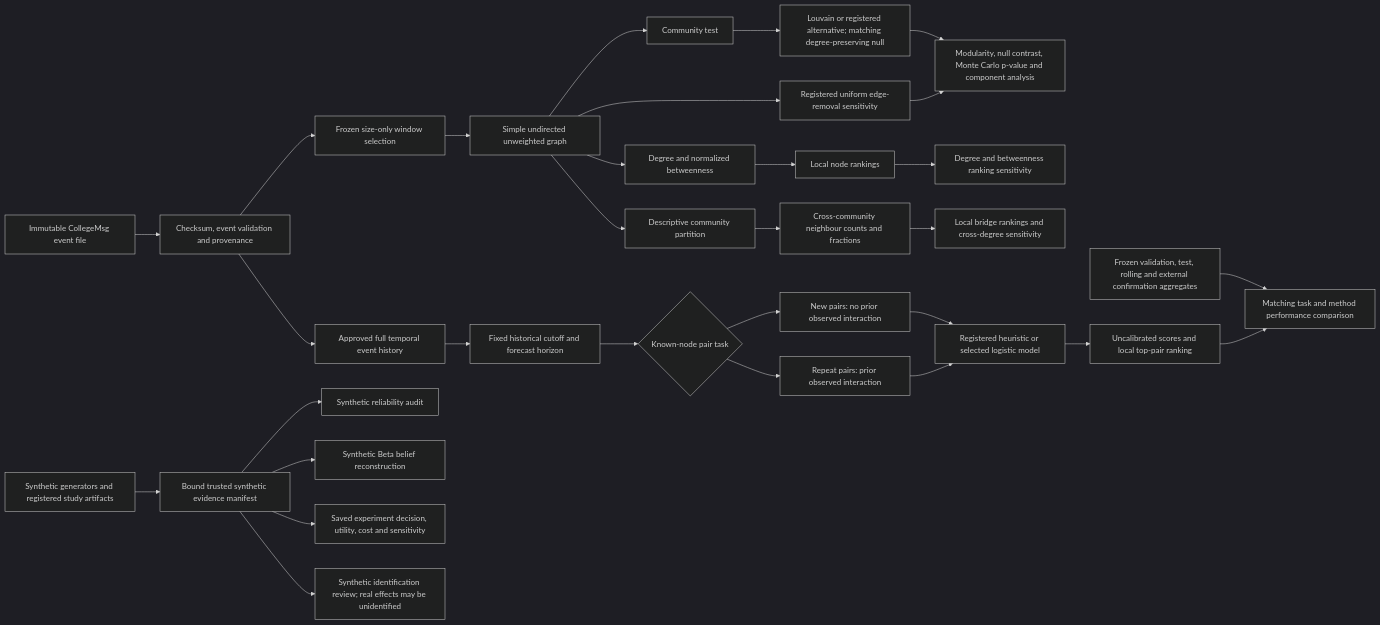
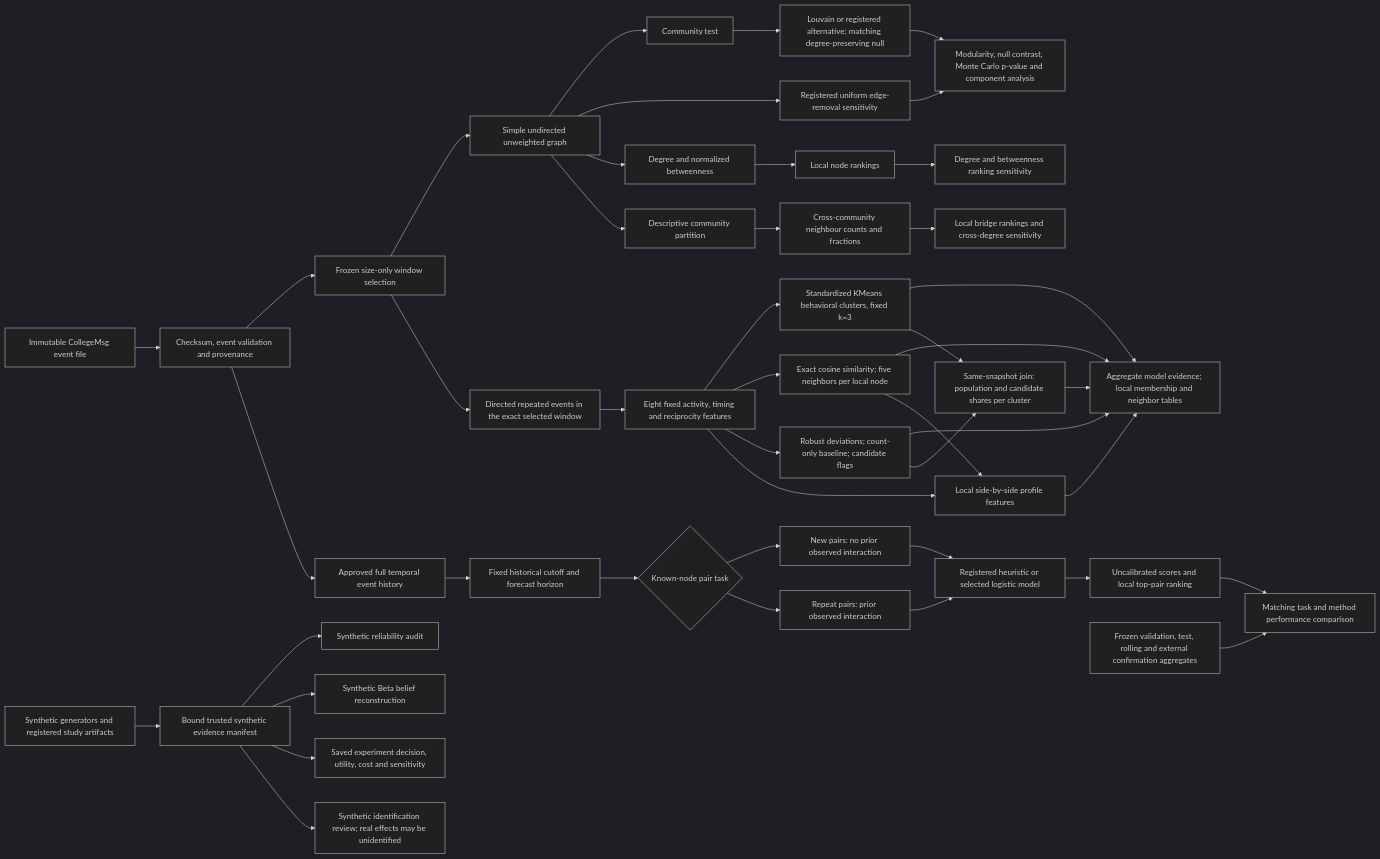
One commit to pranjalrmcf/Blackgrid changed the second of 5 diagrams in flowchart.md. Above: the diagram before and after it, drawn with Mermaid (dark theme). The commit also changed other lines of this file and 55 other files, not shown here.

````diff
--- a/flowchart.md
+++ b/flowchart.md
@@ -49,37 +49,51 @@
 ```mermaid
 flowchart LR
     Raw["Immutable CollegeMsg event file"] --> Checks["Checksum, event validation and provenance"]
     Checks --> Window["Frozen size-only window selection"]
     Window --> Graph["Simple undirected unweighted graph"]
+    Window --> Events["Directed repeated events in the exact selected window"]
+    Events --> Features["Eight fixed activity, timing and reciprocity features"]
+    Features --> Clusters["Standardized KMeans behavioral clusters, fixed k=3"]
+    Features --> Similar["Exact cosine similarity; five neighbors per local node"]
+    Features --> Unusual["Robust deviations; count-only baseline; candidate flags"]
+    Clusters --> BehaviorOut["Aggregate model evidence; local membership and neighbor tables"]
+    Similar --> BehaviorOut
+    Unusual --> BehaviorOut
+    Features --> ProfileCompare["Local side-by-side profile features"]
+    Similar --> ProfileCompare
+    Clusters --> GroupCompare["Same-snapshot join: population and candidate shares per cluster"]
+    Unusual --> GroupCompare
+    ProfileCompare --> BehaviorOut
+    GroupCompare --> BehaviorOut
     Checks --> Full["Approved full temporal event history"]
     Synthetic["Synthetic generators and registered study artifacts"] --> Saved["Bound trusted synthetic evidence manifest"]
 
     Graph --> Community["Community test"]
     Community --> Null["Louvain or registered alternative; matching degree-preserving null"]
     Null --> CommunityOut["Modularity, null contrast, Monte Carlo p-value and component analysis"]
     Graph --> Missing["Registered uniform edge-removal sensitivity"]
     Missing --> CommunityOut
 
     Graph --> Centrality["Degree and normalized betweenness"]
     Centrality --> Ranks["Local node rankings"]
     Ranks --> Stability["Degree and betweenness ranking sensitivity"]
 
     Graph --> Partition["Descriptive community partition"]
     Partition --> Bridge["Cross-community neighbour counts and fractions"]
     Bridge --> BridgeRanks["Local bridge rankings and cross-degree sensitivity"]
 
     Full --> History["Fixed historical cutoff and forecast horizon"]
     History --> Tasks{"Known-node pair task"}
     Tasks --> New["New pairs: no prior observed interaction"]
     Tasks --> Repeat["Repeat pairs: prior observed interaction"]
     New --> Score["Registered heuristic or selected logistic model"]
     Repeat --> Score
     Score --> Predict["Uncalibrated scores and local top-pair ranking"]
     Historical["Frozen validation, test, rolling and external confirmation aggregates"] --> Compare["Matching task and method performance comparison"]
     Predict --> Compare
 
     Saved --> Reliability["Synthetic reliability audit"]
     Saved --> Belief["Synthetic Beta belief reconstruction"]
     Saved --> Decision["Saved experiment decision, utility, cost and sensitivity"]
     Saved --> Causal["Synthetic identification review; real effects may be unidentified"]
 ```
````
